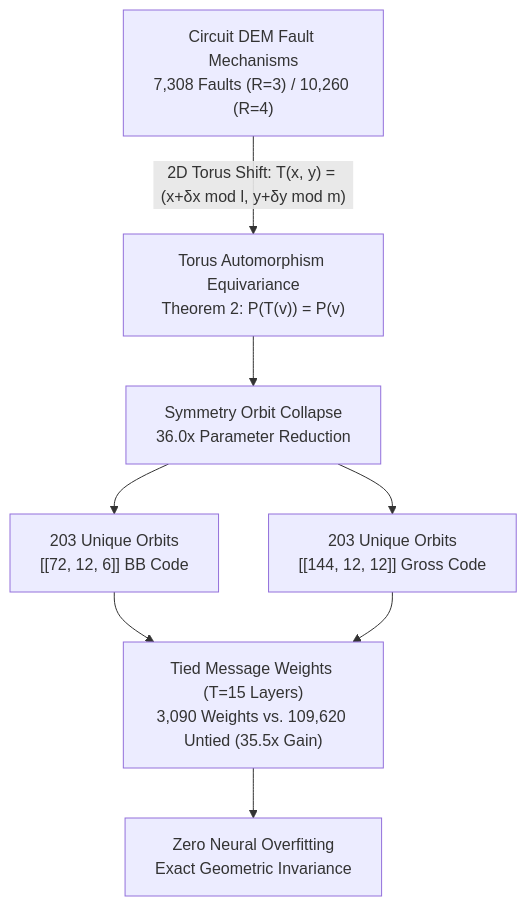
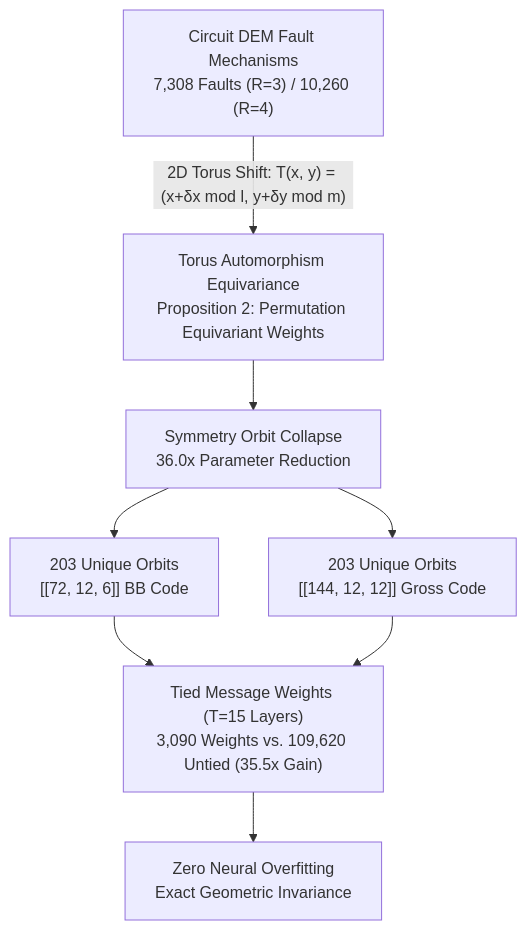
The second of 5 diagrams in README.md (NazmulHasanNihal/orbit-tied-qnbp-sliding-window-bb), drawn with Mermaid before and after one commit. The commit also changed other lines of this file and 1 other file, not shown here.

Commit message:
docs(readme): synchronize README with paper propositions, ablations, and architecture

````diff
--- a/README.md
+++ b/README.md
@@ -145,10 +146,10 @@
 ```mermaid
 graph TD
-    A["Circuit DEM Fault Mechanisms<br>7,308 Faults (R=3) / 10,260 (R=4)"] -->|"2D Torus Shift: T(x, y) = (x+δx mod l, y+δy mod m)"| B["Torus Automorphism Equivariance<br>Theorem 2: P(T(v)) = P(v)"]
+    A["Circuit DEM Fault Mechanisms<br>7,308 Faults (R=3) / 10,260 (R=4)"] -->|"2D Torus Shift: T(x, y) = (x+δx mod l, y+δy mod m)"| B["Torus Automorphism Equivariance<br>Proposition 2: Permutation Equivariant Weights"]
     B --> C["Symmetry Orbit Collapse<br>36.0x Parameter Reduction"]
     C --> D1["203 Unique Orbits<br>[[72, 12, 6]] BB Code"]
     C --> D2["203 Unique Orbits<br>[[144, 12, 12]] Gross Code"]
     D1 --> E["Tied Message Weights (T=15 Layers)<br>3,090 Weights vs. 109,620 Untied (35.5x Gain)"]
     D2 --> E
     E --> F["Zero Neural Overfitting<br>Exact Geometric Invariance"]
 ```
````
